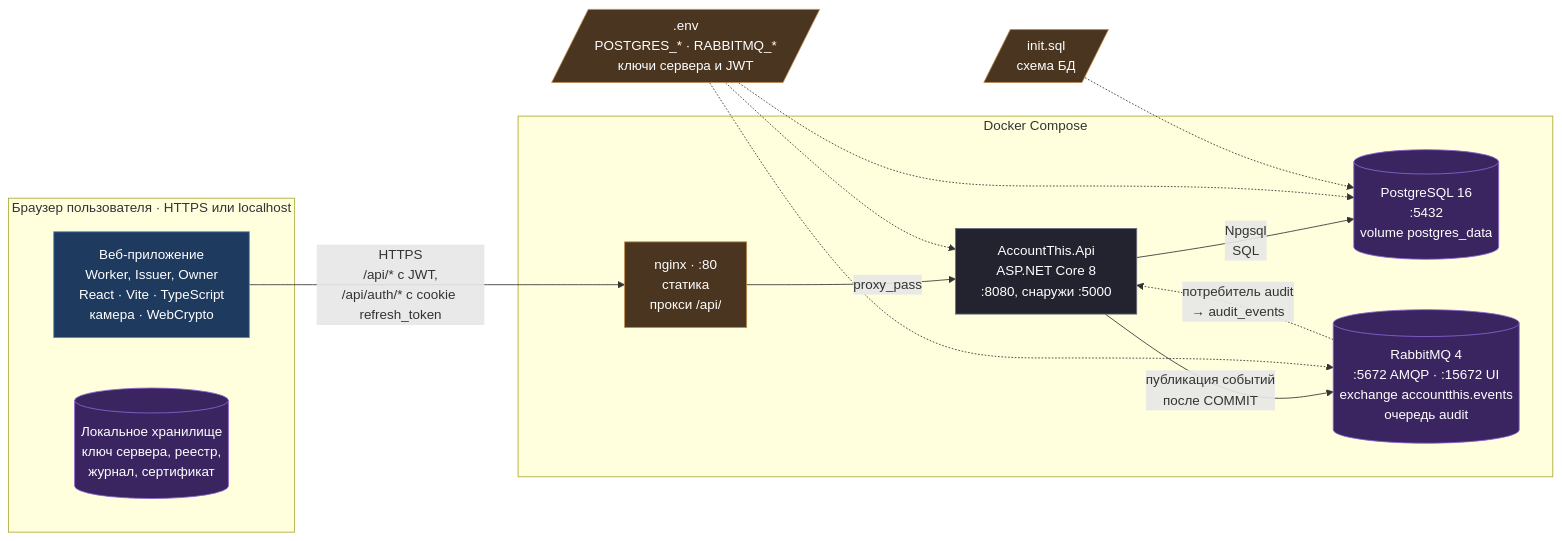
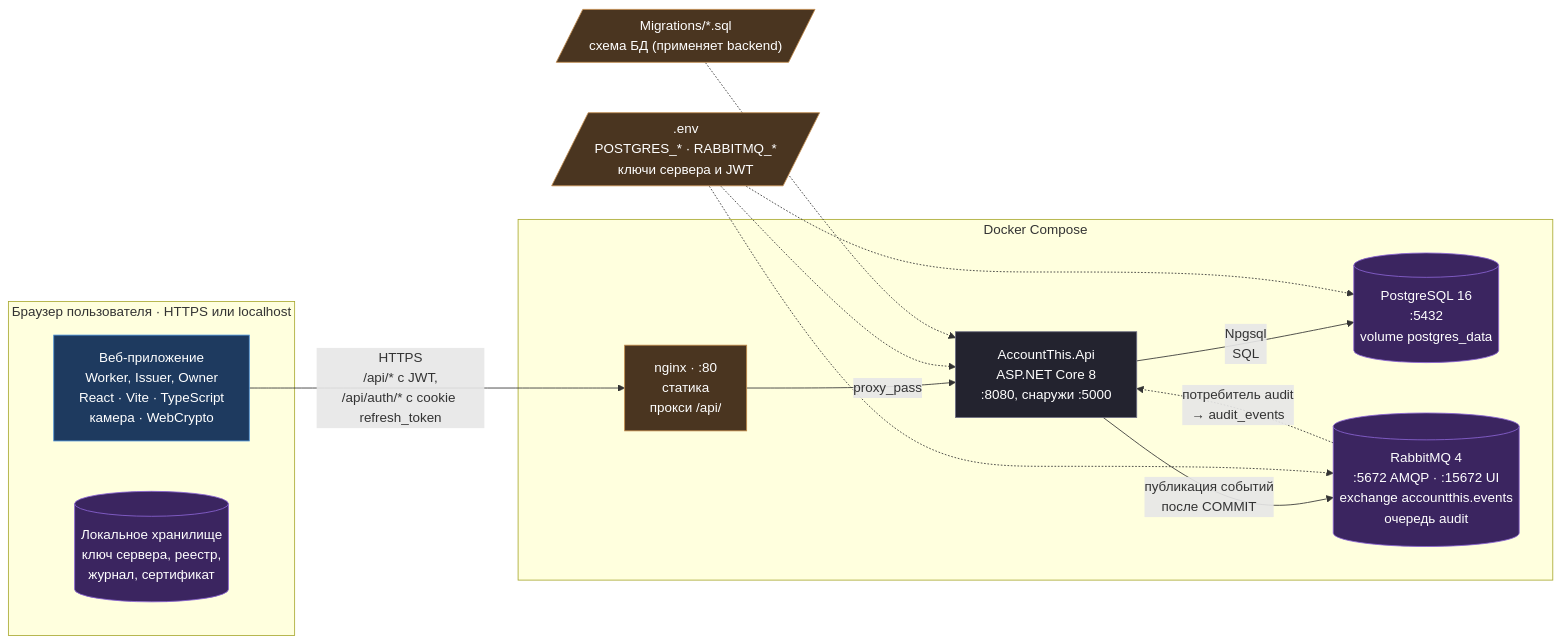
One commit to nelex12/account-this changed the diagram in docs/architecture/2-containers.mmd. Above: the diagram before and after it, drawn with Mermaid. The commit also changed 13 other files, not shown here.

First line of the commit message:
Add database migrations applied on backend startup

```diff
--- a/docs/architecture/2-containers.mmd
+++ b/docs/architecture/2-containers.mmd
@@ -1,44 +1,44 @@
 ---
 config:
   flowchart:
     diagramPadding: 60
     nodeSpacing: 60
     rankSpacing: 80
     wrappingWidth: 400
 ---
 flowchart LR
     subgraph Device["Браузер пользователя · HTTPS или localhost"]
         SPA["Веб-приложение<br/>Worker, Issuer, Owner<br/>React · Vite · TypeScript<br/>камера · WebCrypto"]
         Local[("Локальное хранилище<br/>ключ сервера, реестр,<br/>журнал, сертификат")]
     end
 
     subgraph Compose["Docker Compose"]
         Nginx["nginx · :80<br/>статика<br/>прокси /api/"]
         Backend["AccountThis.Api<br/>ASP.NET Core 8<br/>:8080, снаружи :5000"]
         Postgres[("PostgreSQL 16<br/>:5432<br/>volume postgres_data")]
         Rabbit[("RabbitMQ 4<br/>:5672 AMQP · :15672 UI<br/>exchange accountthis.events<br/>очередь audit")]
     end
 
     Env[/".env<br/>POSTGRES_* · RABBITMQ_*<br/>ключи сервера и JWT"/]
-    Init[/"init.sql<br/>схема БД"/]
+    Init[/"Migrations/*.sql<br/>схема БД (применяет backend)"/]
 
     SPA -->|"HTTPS<br/>/api/* с JWT,<br/>/api/auth/* с cookie refresh_token"| Nginx
     Nginx -->|"proxy_pass"| Backend
     Backend -->|"Npgsql<br/>SQL"| Postgres
     Backend -->|"публикация событий<br/>после COMMIT"| Rabbit
     Rabbit -.->|"потребитель audit<br/>→ audit_events"| Backend
 
     Env -.-> Backend
     Env -.-> Postgres
     Env -.-> Rabbit
-    Init -.-> Postgres
+    Init -.-> Backend
 
     classDef front fill:#1e3a5f,stroke:#4a8fd6,color:#fff
     classDef infra fill:#4a3520,stroke:#c08a4a,color:#fff
     classDef code fill:#23232f,stroke:#6b6b80,color:#fff
     classDef db fill:#3b2560,stroke:#8a63d2,color:#fff
 
     class SPA front
     class Nginx,Env,Init infra
     class Backend code
     class Postgres,Rabbit,Local db
```
